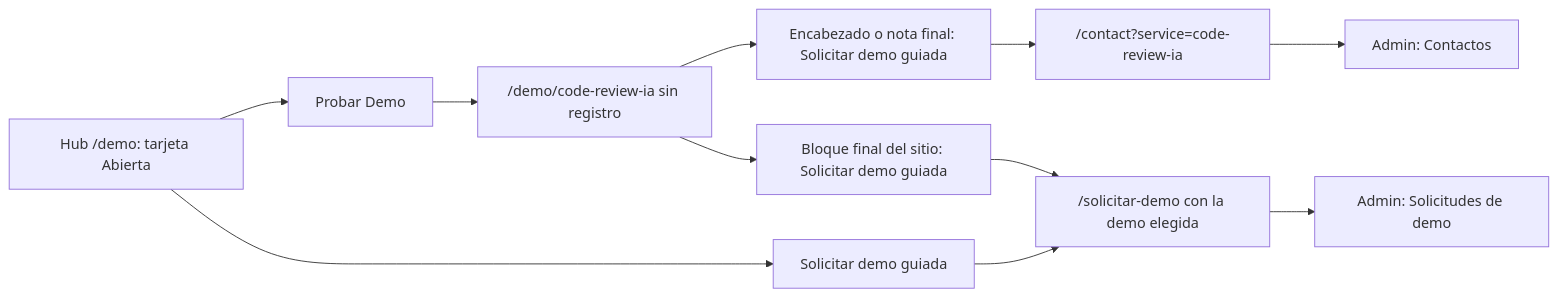
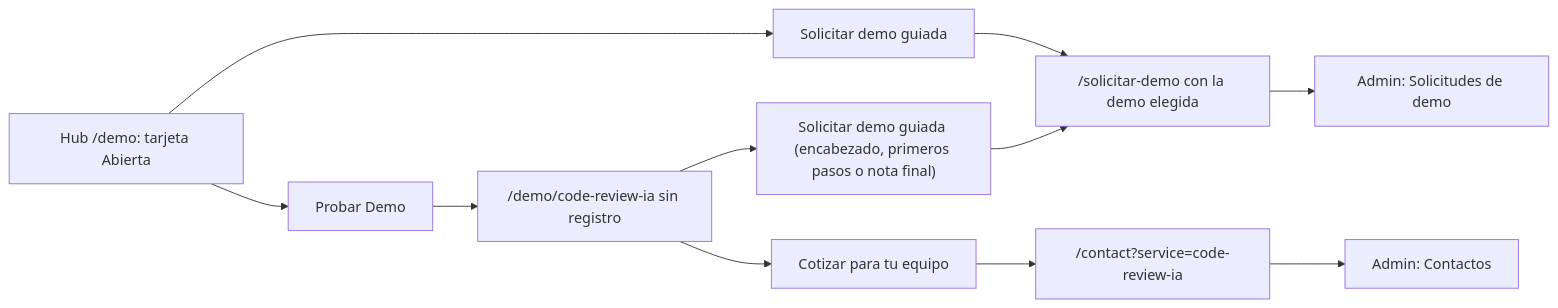
Before and after one commit to ronalc90/koptup: the second of 2 diagrams in docs/wiki/Guia-Demo-code-review-ia.md, drawn with Mermaid. The commit also changed other lines of this file and 25 other files, not shown here.

````diff
--- a/docs/wiki/Guia-Demo-code-review-ia.md
+++ b/docs/wiki/Guia-Demo-code-review-ia.md
@@ -259,13 +284,13 @@
 ```mermaid
 flowchart LR
     H["Hub /demo: tarjeta Abierta"] --> P["Probar Demo"]
     P --> D["/demo/code-review-ia sin registro"]
     H --> G["Solicitar demo guiada"]
     G --> F["/solicitar-demo con la demo elegida"]
     F --> AS["Admin: Solicitudes de demo"]
-    D --> E["Encabezado o nota final: Solicitar demo guiada"]
-    E --> C["/contact?service=code-review-ia"]
+    D --> E["Solicitar demo guiada (encabezado, primeros pasos o nota final)"]
+    E --> F
+    D --> Q["Cotizar para tu equipo"]
+    Q --> C["/contact?service=code-review-ia"]
     C --> AC["Admin: Contactos"]
-    D --> B["Bloque final del sitio: Solicitar demo guiada"]
-    B --> F
 ```
````
